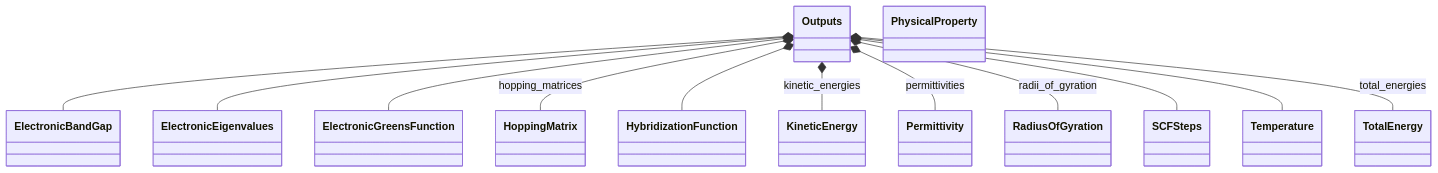
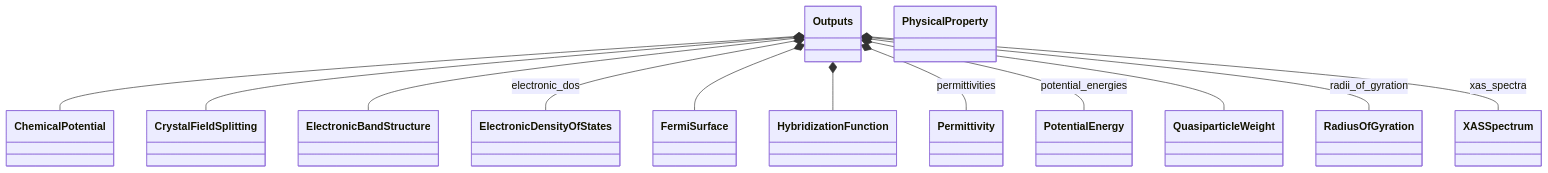
One commit to FAIRmat-NFDI/nomad-simulations changed the second of 2 diagrams in docs/schema/outputs.diagram.md. Above: the diagram before and after it, drawn with Mermaid. The commit also changed 10 other files, not shown here.

````diff
--- a/docs/schema/outputs.diagram.md
+++ b/docs/schema/outputs.diagram.md
@@ -68,40 +68,40 @@
 ```mermaid
 classDiagram
-    class ElectronicBandGap {
+    class ChemicalPotential {
     }
-    class ElectronicEigenvalues {
+    class CrystalFieldSplitting {
     }
-    class ElectronicGreensFunction {
+    class ElectronicBandStructure {
     }
-    class HoppingMatrix {
+    class ElectronicDensityOfStates {
+    }
+    class FermiSurface {
     }
     class HybridizationFunction {
-    }
-    class KineticEnergy {
     }
     class Outputs {
     }
     class Permittivity {
     }
     class PhysicalProperty {
     }
+    class PotentialEnergy {
+    }
+    class QuasiparticleWeight {
+    }
     class RadiusOfGyration {
     }
-    class SCFSteps {
+    class XASSpectrum {
     }
-    class Temperature {
-    }
-    class TotalEnergy {
-    }
-    Outputs *-- ElectronicBandGap
-    Outputs *-- ElectronicEigenvalues
-    Outputs *-- ElectronicGreensFunction
-    Outputs *-- HoppingMatrix : hopping_matrices
+    Outputs *-- ChemicalPotential
+    Outputs *-- CrystalFieldSplitting
+    Outputs *-- ElectronicBandStructure
+    Outputs *-- ElectronicDensityOfStates : electronic_dos
+    Outputs *-- FermiSurface
     Outputs *-- HybridizationFunction
-    Outputs *-- KineticEnergy : kinetic_energies
     Outputs *-- Permittivity : permittivities
+    Outputs *-- PotentialEnergy : potential_energies
+    Outputs *-- QuasiparticleWeight
     Outputs *-- RadiusOfGyration : radii_of_gyration
-    Outputs *-- SCFSteps
-    Outputs *-- Temperature
-    Outputs *-- TotalEnergy : total_energies
+    Outputs *-- XASSpectrum : xas_spectra
 ```
````
